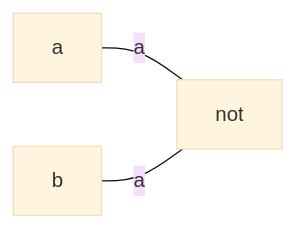
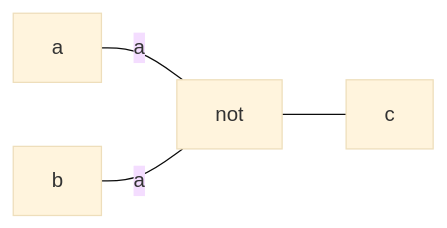
The diagram in CSDS 281 - Logic Design/HW/3/Tables.md (tnichols217/notes), drawn with Mermaid (base theme) before and after one commit. The commit also changed 1 other file, not shown here.

Commit message:
vault backup: 2024-02-14 14:54:19

````diff
--- a/CSDS 281 - Logic Design/HW/3/Tables.md
+++ b/CSDS 281 - Logic Design/HW/3/Tables.md
@@ -14,6 +14,7 @@
 ```mermaid
 flowchart LR
 
 a ---|a| not
 b ---|a| not
+not --- c
 ```
````
